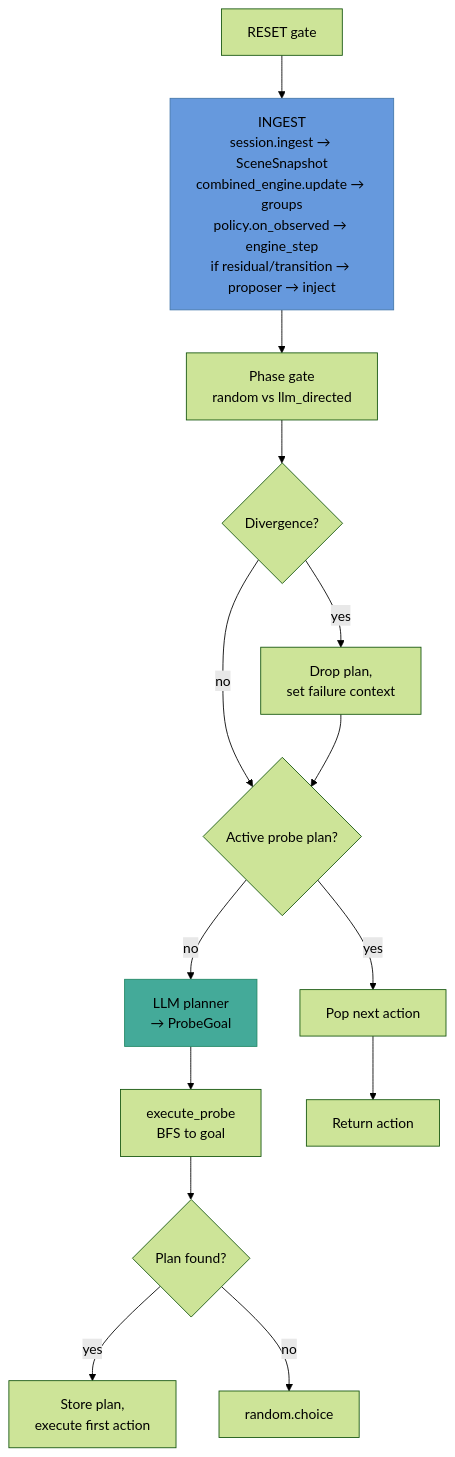
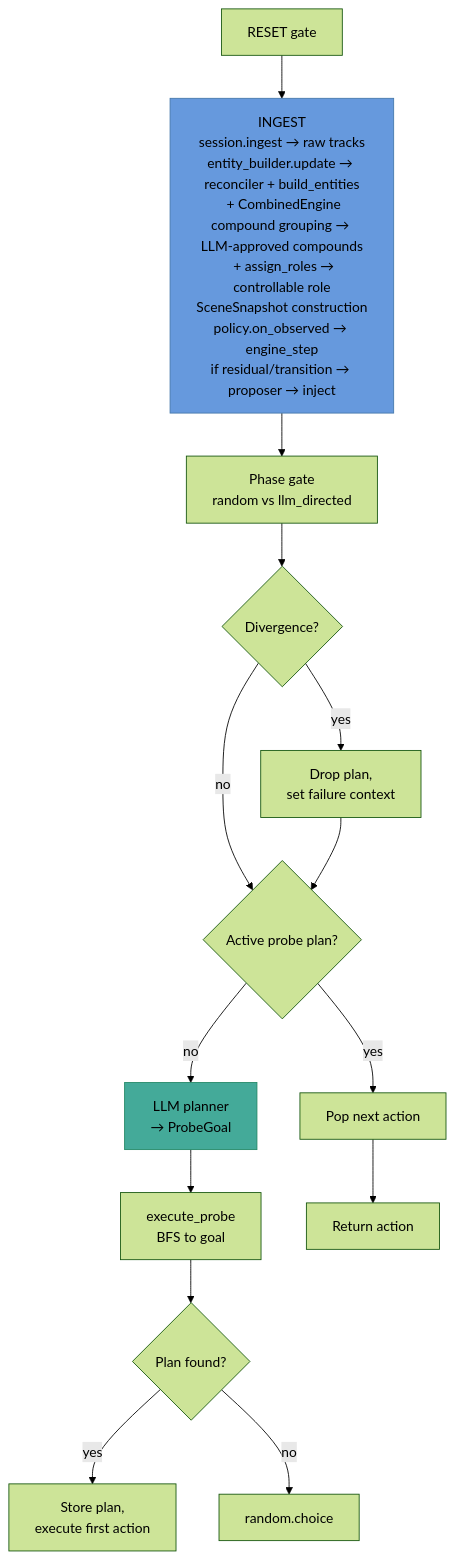
One commit to peara/ARC-AGI-3-Agents changed the second of 8 diagrams in docs/reports/llm-curiosity-agent.md. Above: the diagram before and after it, drawn with Mermaid (forest theme). The commit also changed other lines of this file and 1 other file, not shown here.

First line of the commit message:
docs: update grouping and agent docs for CombinedEngine-in-EntityBuilder architecture

````diff
--- a/docs/reports/llm-curiosity-agent.md
+++ b/docs/reports/llm-curiosity-agent.md
@@ -71,19 +70,19 @@
 ```mermaid
 flowchart TD
     RESET[RESET gate] --> INGEST
-    INGEST[INGEST<br/>session.ingest → SceneSnapshot<br/>combined_engine.update → groups<br/>policy.on_observed → engine_step<br/>if residual/transition → proposer → inject] --> PHASE
+    INGEST[INGEST<br/>session.ingest → raw tracks<br/>entity_builder.update → reconciler + build_entities<br/>  + CombinedEngine compound grouping → LLM-approved compounds<br/>  + assign_roles → controllable role<br/>SceneSnapshot construction<br/>policy.on_observed → engine_step<br/>if residual/transition → proposer → inject] --> PHASE
     PHASE[Phase gate<br/>random vs llm_directed] --> DIV
     DIV{Divergence?} -->|yes| DROP[Drop plan,<br/>set failure context]
     DIV -->|no| PROBE
     DROP --> PROBE
     PROBE{Active probe plan?} -->|yes| POP[Pop next action]
     PROBE -->|no| LLM
     LLM[LLM planner<br/>→ ProbeGoal] --> EXEC
     EXEC[execute_probe<br/>BFS to goal] --> FALLBACK
     POP --> ACT[Return action]
     FALLBACK{Plan found?} -->|yes| STORE[Store plan,<br/>execute first action]
     FALLBACK -->|no| RAND[random.choice]
 
     style INGEST fill:#69d,stroke:#47a
     style LLM fill:#4a9,stroke:#286
 ```
````
